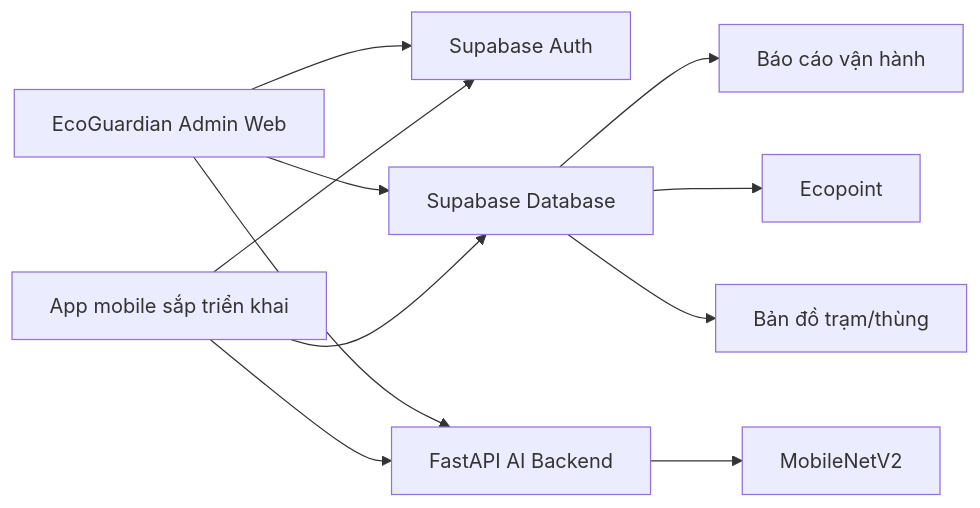
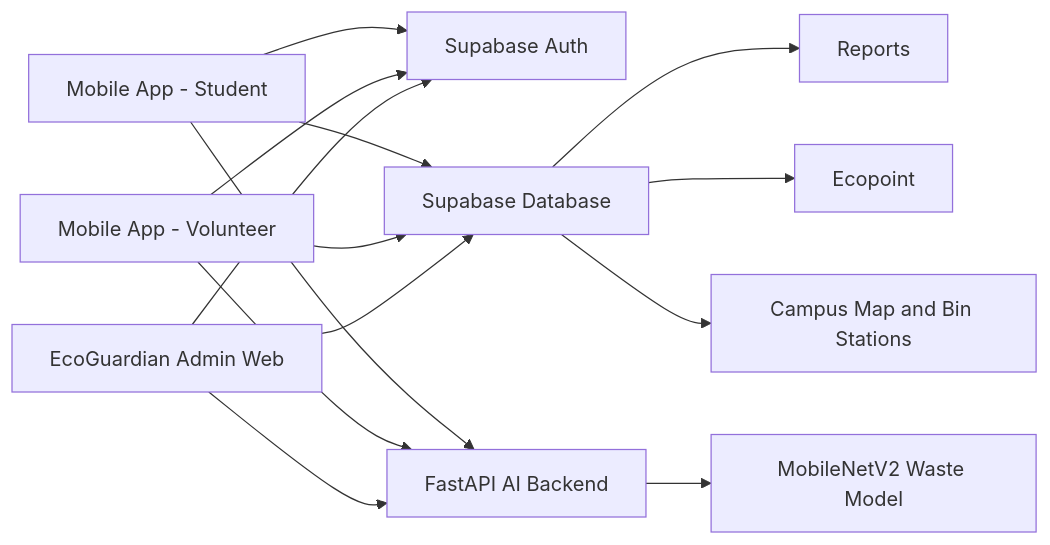
One commit to WangDaoo/Eco-loop-Campus changed the diagram in README.md. Above: the diagram before and after it, drawn with Mermaid. The commit also changed other lines of this file, not shown here.

````diff
--- a/README.md
+++ b/README.md
@@ -44,13 +73,19 @@
 ```mermaid
 flowchart LR
-  Admin[EcoGuardian Admin Web] --> SupabaseAuth[Supabase Auth]
-  Admin --> SupabaseDB[Supabase Database]
-  Admin --> FastAPI[FastAPI AI Backend]
-  FastAPI --> Model[MobileNetV2]
-  Mobile[App mobile sắp triển khai] --> SupabaseAuth
-  Mobile --> SupabaseDB
-  Mobile --> FastAPI
-  SupabaseDB --> Reports[Báo cáo vận hành]
+  StudentApp[Mobile App - Student] --> SupabaseAuth[Supabase Auth]
+  VolunteerApp[Mobile App - Volunteer] --> SupabaseAuth
+  AdminWeb[EcoGuardian Admin Web] --> SupabaseAuth
+
+  StudentApp --> SupabaseDB[Supabase Database]
+  VolunteerApp --> SupabaseDB
+  AdminWeb --> SupabaseDB
+
+  StudentApp --> FastAPI[FastAPI AI Backend]
+  VolunteerApp --> FastAPI
+  AdminWeb --> FastAPI
+
+  FastAPI --> Model[MobileNetV2 Waste Model]
+  SupabaseDB --> Reports[Reports]
   SupabaseDB --> Points[Ecopoint]
-  SupabaseDB --> Map[Bản đồ trạm/thùng]
+  SupabaseDB --> CampusMap[Campus Map and Bin Stations]
 ```
````
